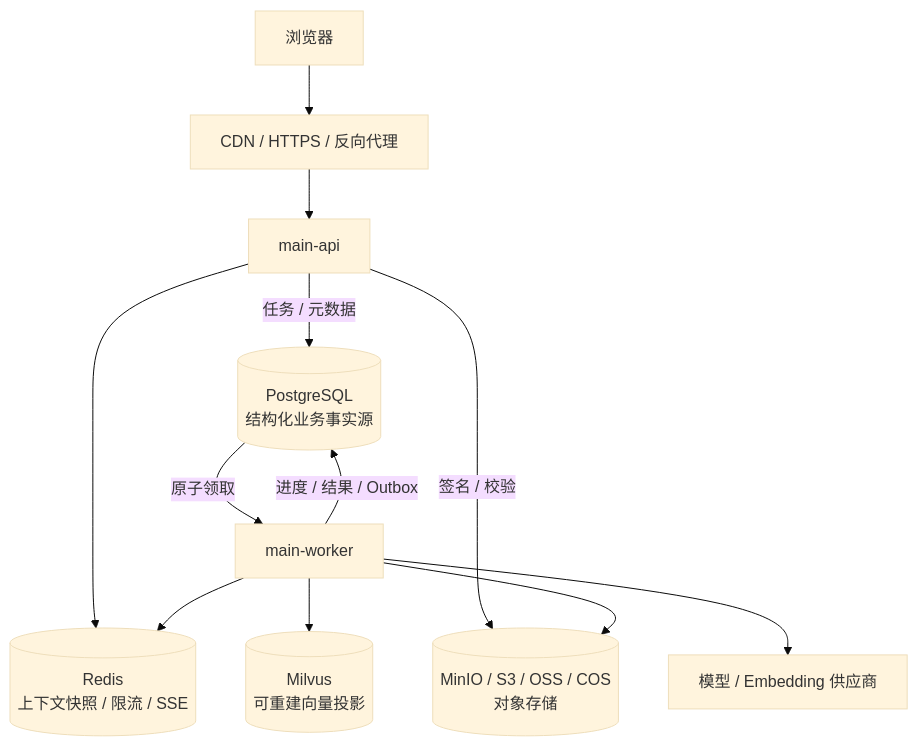
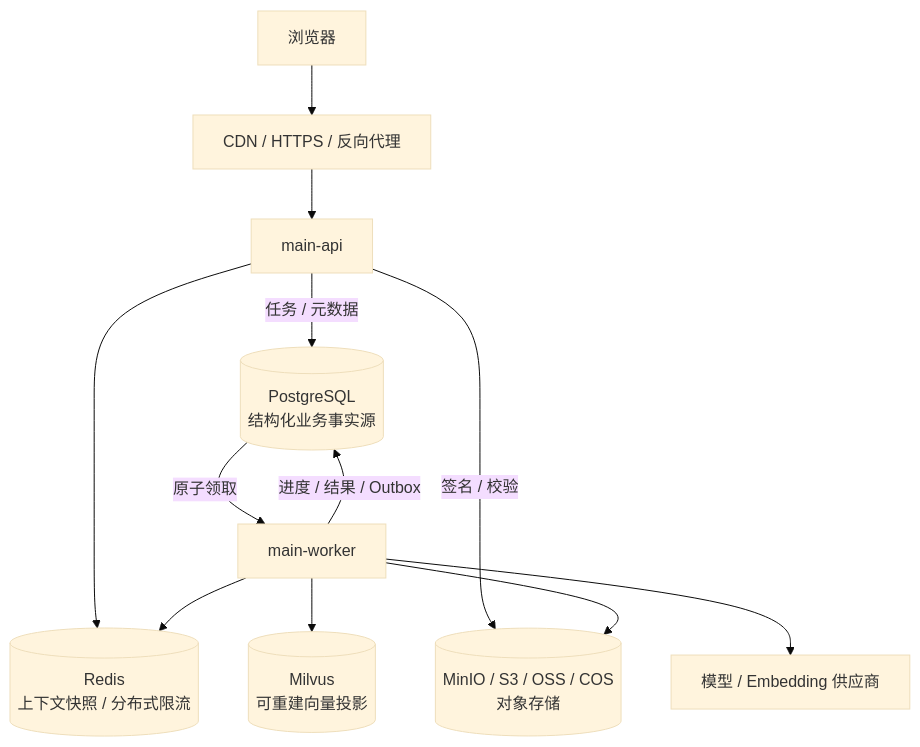
One commit to K80Tom/frame-shortdrama-agent changed the third of 4 diagrams in README.md. Above: the diagram before and after it, drawn with Mermaid (base theme). The commit also changed other lines of this file and 135 other files, not shown here.

````diff
--- a/README.md
+++ b/README.md
@@ -119,14 +119,14 @@
 ```mermaid
 flowchart TB
     USER[浏览器] --> EDGE[CDN / HTTPS / 反向代理]
     EDGE --> API[main-api]
     API -->|任务 / 元数据| PG[(PostgreSQL<br/>结构化业务事实源)]
-    API --> REDIS[(Redis<br/>上下文快照 / 限流 / SSE)]
+    API --> REDIS[(Redis<br/>上下文快照 / 分布式限流)]
     PG -->|原子领取| WORKER[main-worker]
     WORKER -->|进度 / 结果 / Outbox| PG
     WORKER --> REDIS
     WORKER --> MILVUS[(Milvus<br/>可重建向量投影)]
     API -->|签名 / 校验| OBJECT[(MinIO / S3 / OSS / COS<br/>对象存储)]
     WORKER --> OBJECT
     WORKER --> PROVIDERS[模型 / Embedding 供应商]
 ```
````
